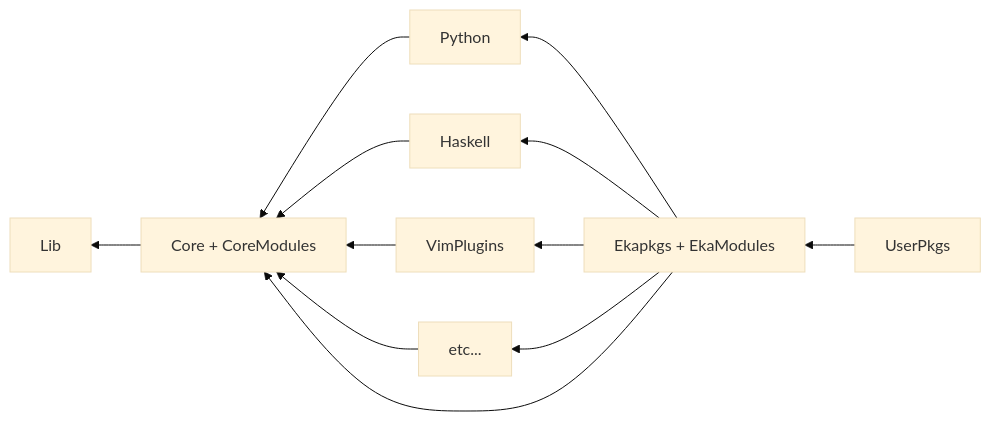
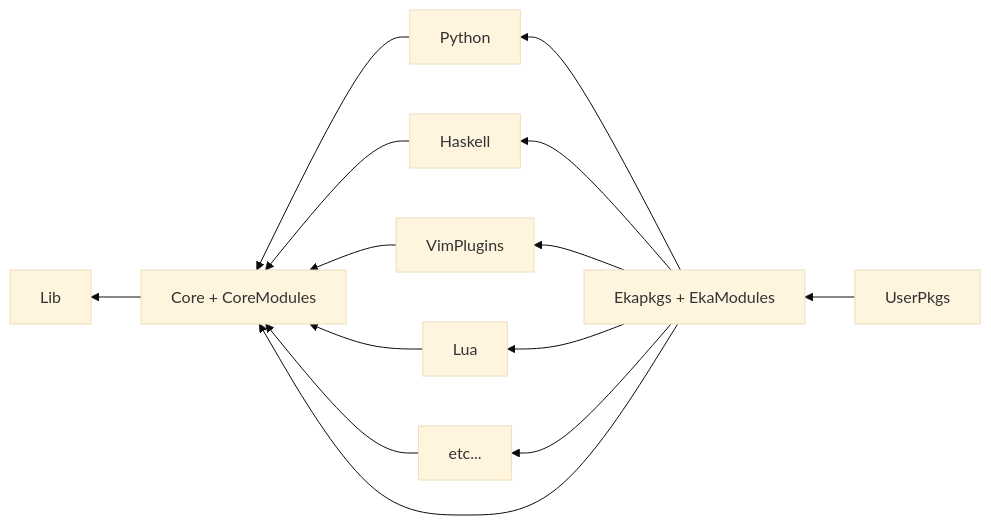
Before and after one commit to ekala-project/ekapkgs-roadmap: the diagram in README.md, drawn with Mermaid (base theme). The commit also changed other lines of this file, not shown here.

````diff
--- a/README.md
+++ b/README.md
@@ -32,16 +32,18 @@
 ```mermaid
 flowchart RL
     ekapkgs["Ekapkgs + EkaModules"]
     Core["Core + CoreModules"]
     Core --> Lib
     Python --> Core
     Haskell --> Core
     VimPlugins --> Core
+    Lua --> Core
     etc... --> Core
     ekapkgs --> Core
     ekapkgs --> Python
     ekapkgs --> Haskell
     ekapkgs --> VimPlugins
+    ekapkgs --> Lua
     ekapkgs --> etc...
     UserPkgs --> ekapkgs
 ```
````
